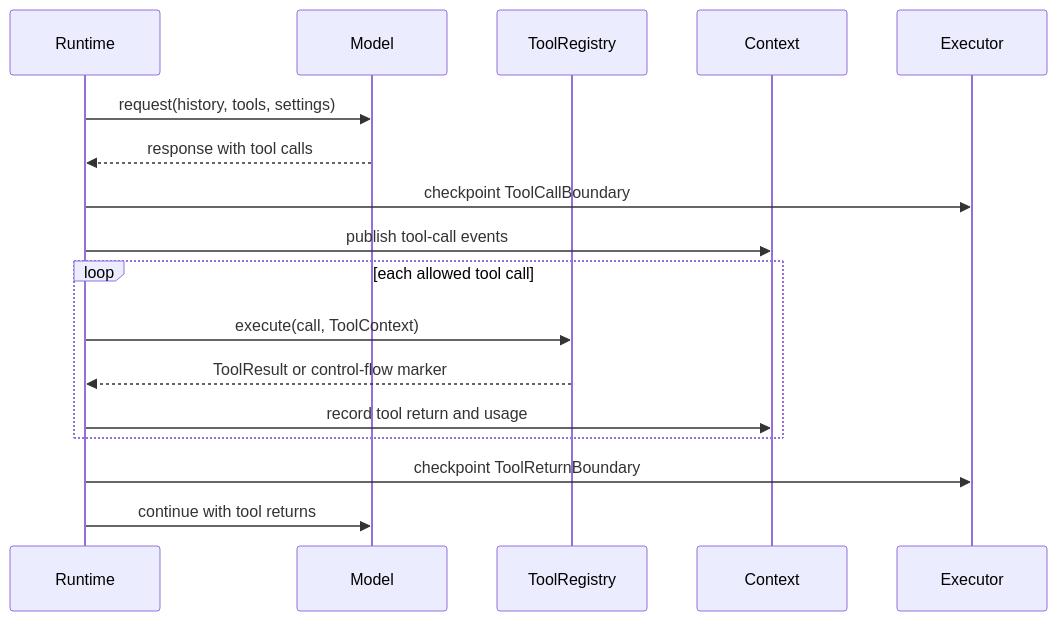
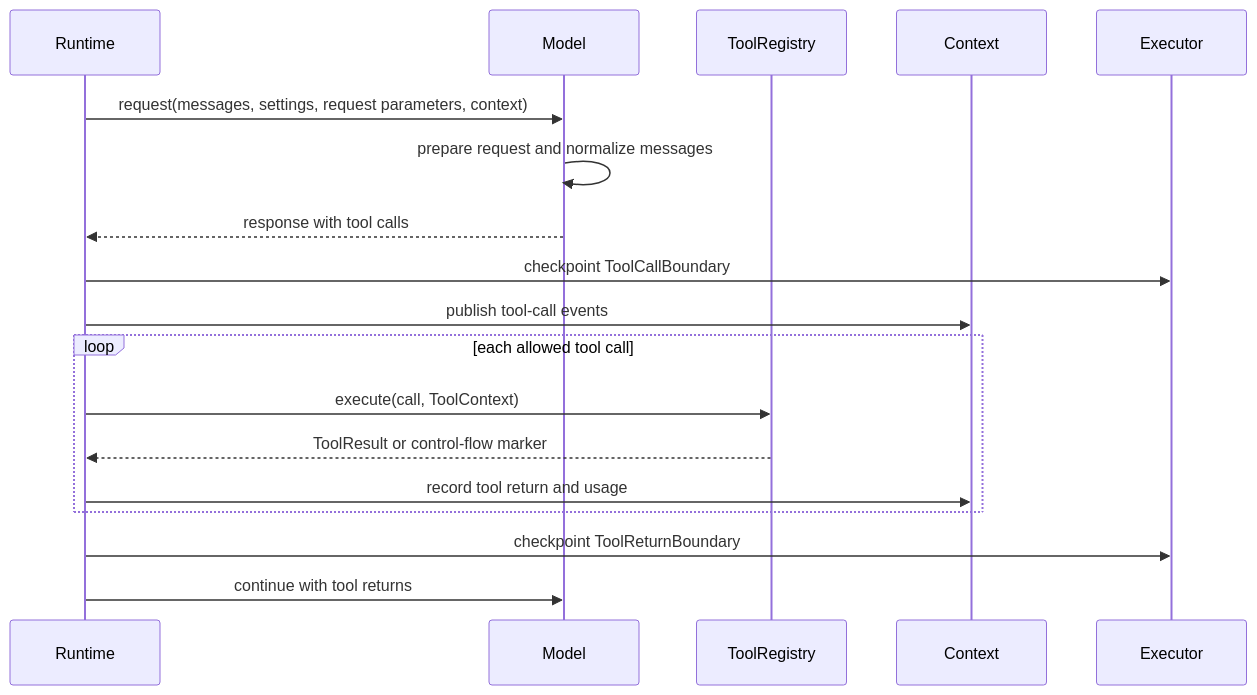
One commit to Wh1isper/starweaver changed the second of 5 diagrams in spec/core/01-agent-loop.md. Above: the diagram before and after it, drawn with Mermaid. The commit also changed other lines of this file and 95 other files, not shown here.

````diff
--- a/spec/core/01-agent-loop.md
+++ b/spec/core/01-agent-loop.md
@@ -54,20 +55,21 @@
 ```mermaid
 sequenceDiagram
     participant Runtime
     participant Model
     participant ToolRegistry
     participant Context
     participant Executor
 
-    Runtime->>Model: request(history, tools, settings)
+    Runtime->>Model: request(messages, settings, request parameters, context)
+    Model->>Model: prepare request and normalize messages
     Model-->>Runtime: response with tool calls
     Runtime->>Executor: checkpoint ToolCallBoundary
     Runtime->>Context: publish tool-call events
     loop each allowed tool call
         Runtime->>ToolRegistry: execute(call, ToolContext)
         ToolRegistry-->>Runtime: ToolResult or control-flow marker
         Runtime->>Context: record tool return and usage
     end
     Runtime->>Executor: checkpoint ToolReturnBoundary
     Runtime->>Model: continue with tool returns
 ```
````
